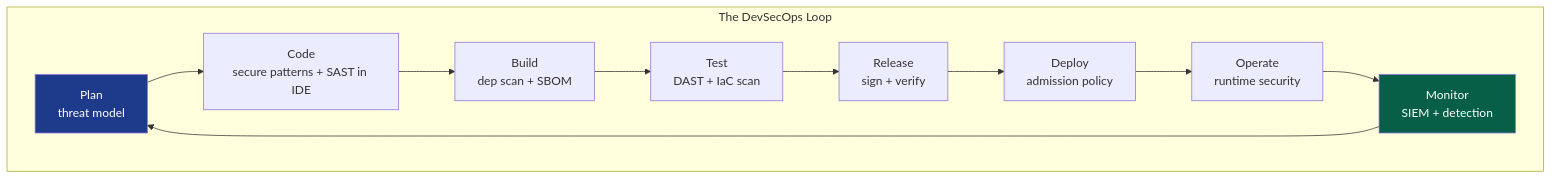
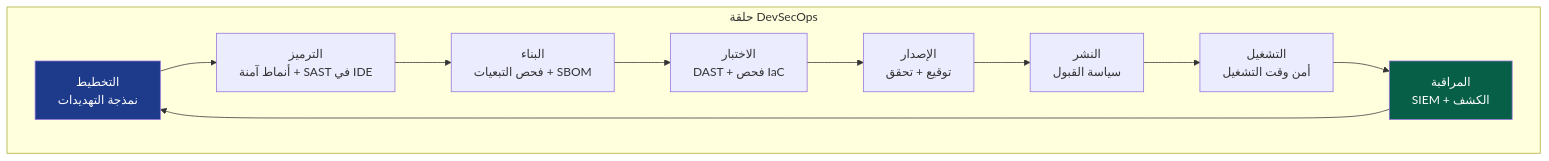
Before and after one commit to ibra-kdbra/banije: the tenth of 11 diagrams in src/content/translate/ar/cloud-native-and-supply-chain-security-in-depth.md, drawn with Mermaid. The commit also changed other lines of this file and 33 other files, not shown here.

````diff
--- a/src/content/translate/ar/cloud-native-and-supply-chain-security-in-depth.md
+++ b/src/content/translate/ar/cloud-native-and-supply-chain-security-in-depth.md
@@ -269,16 +269,16 @@
 ```mermaid
 graph LR
-    subgraph loop["The DevSecOps Loop"]
+    subgraph loop["حلقة DevSecOps"]
         direction LR
-        PLAN[Plan<br/>threat model] --> CODE2[Code<br/>secure patterns + SAST in IDE]
-        CODE2 --> BUILD2[Build<br/>dep scan + SBOM]
-        BUILD2 --> TEST2[Test<br/>DAST + IaC scan]
-        TEST2 --> RELEASE[Release<br/>sign + verify]
-        RELEASE --> DEPLOY[Deploy<br/>admission policy]
-        DEPLOY --> OPERATE[Operate<br/>runtime security]
-        OPERATE --> MONITOR[Monitor<br/>SIEM + detection]
+        PLAN["التخطيط<br/>نمذجة التهديدات"] --> CODE2["الترميز<br/>أنماط آمنة + SAST في IDE"]
+        CODE2 --> BUILD2["البناء<br/>فحص التبعيات + SBOM"]
+        BUILD2 --> TEST2["الاختبار<br/>DAST + فحص IaC"]
+        TEST2 --> RELEASE["الإصدار<br/>توقيع + تحقق"]
+        RELEASE --> DEPLOY["النشر<br/>سياسة القبول"]
+        DEPLOY --> OPERATE["التشغيل<br/>أمن وقت التشغيل"]
+        OPERATE --> MONITOR["المراقبة<br/>SIEM + الكشف"]
         MONITOR --> PLAN
     end
     style PLAN fill:#1e3a8a,color:#fff
     style MONITOR fill:#065f46,color:#fff
 ```
````
